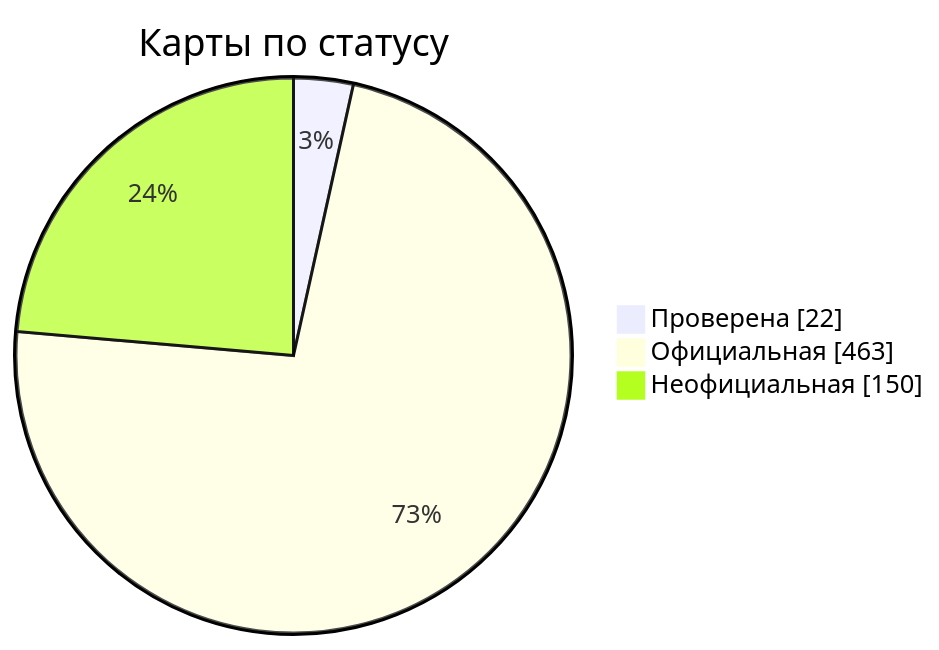
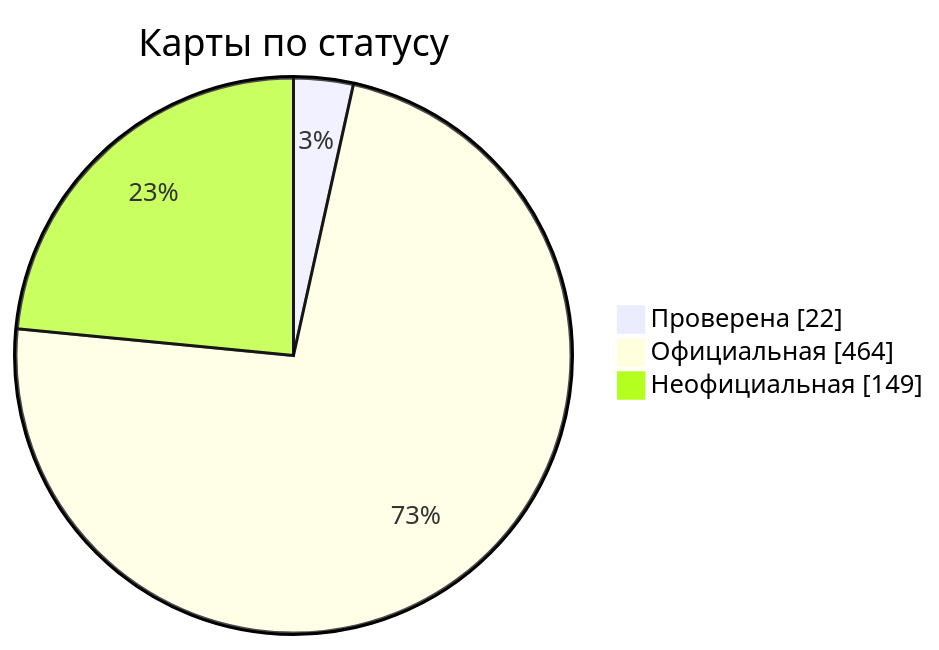
The diagram in docs/readme/README_RU.md (nobrega8/mbmap-library), drawn with Mermaid before and after one commit. The commit also changed 6 other files, not shown here.

````diff
--- a/docs/readme/README_RU.md
+++ b/docs/readme/README_RU.md
@@ -54,7 +54,7 @@
 ```mermaid
 pie showData
     title Карты по статусу
     "Проверена" : 22
-    "Официальная" : 463
-    "Неофициальная" : 150
+    "Официальная" : 464
+    "Неофициальная" : 149
 ```
````
